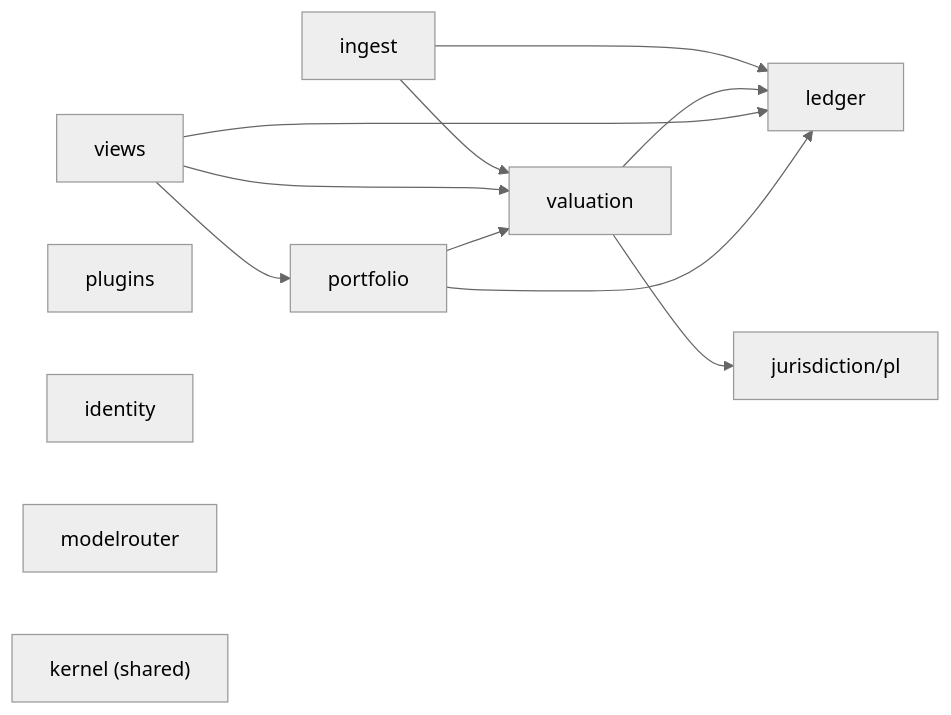
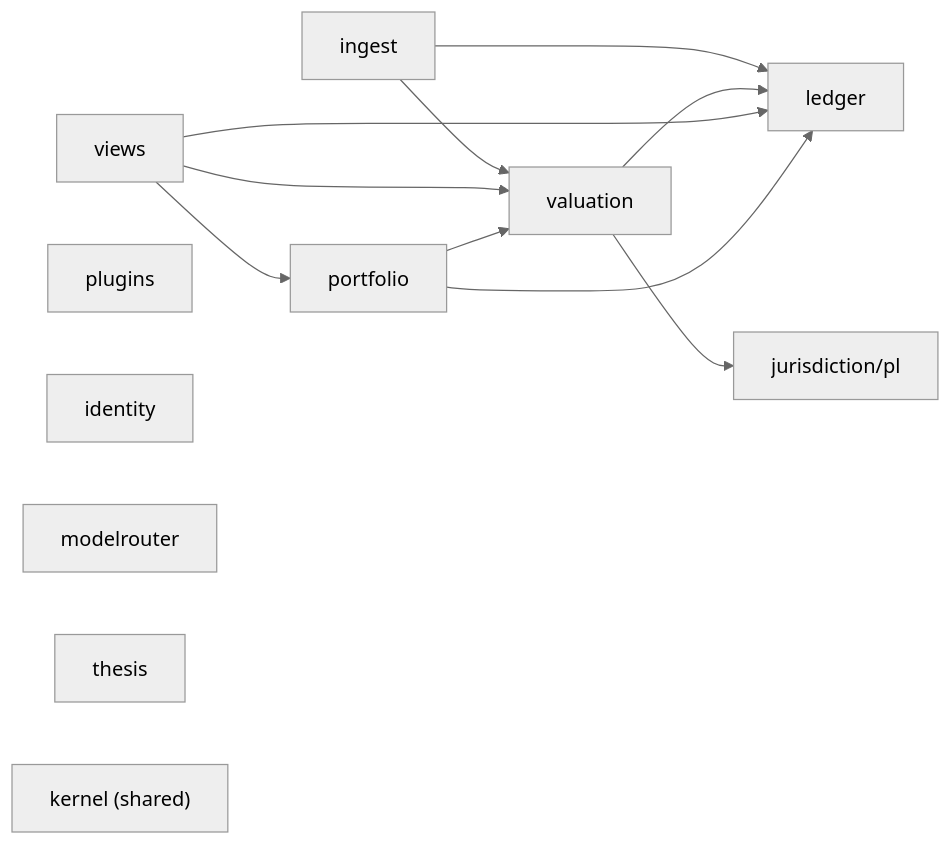
One commit to arkadiuss/openfief changed the seventh of 8 diagrams in docs/architecture.md. Above: the diagram before and after it, drawn with Mermaid (neutral theme). The commit also changed other lines of this file and 425 other files, not shown here.

````diff
--- a/docs/architecture.md
+++ b/docs/architecture.md
@@ -200,16 +200,17 @@
 ```mermaid
 flowchart LR
   ingest --> ledger
   ingest --> valuation
   valuation --> ledger
   valuation --> pl["jurisdiction/pl"]
   views --> ledger
   views --> valuation
   views --> portfolio
   portfolio --> ledger
   portfolio --> valuation
   plugins
   identity
   modelrouter
+  thesis
   kernel["kernel (shared)"]
 ```
````
